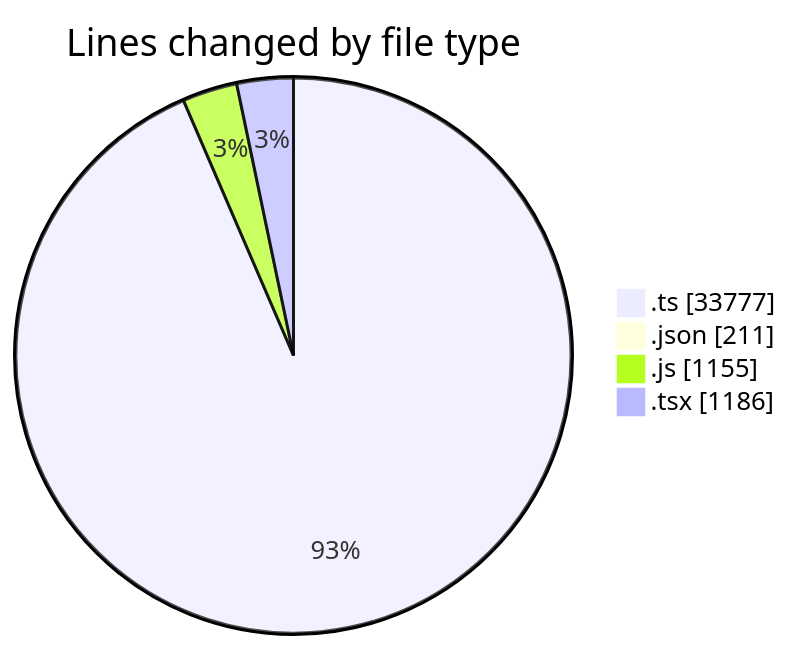
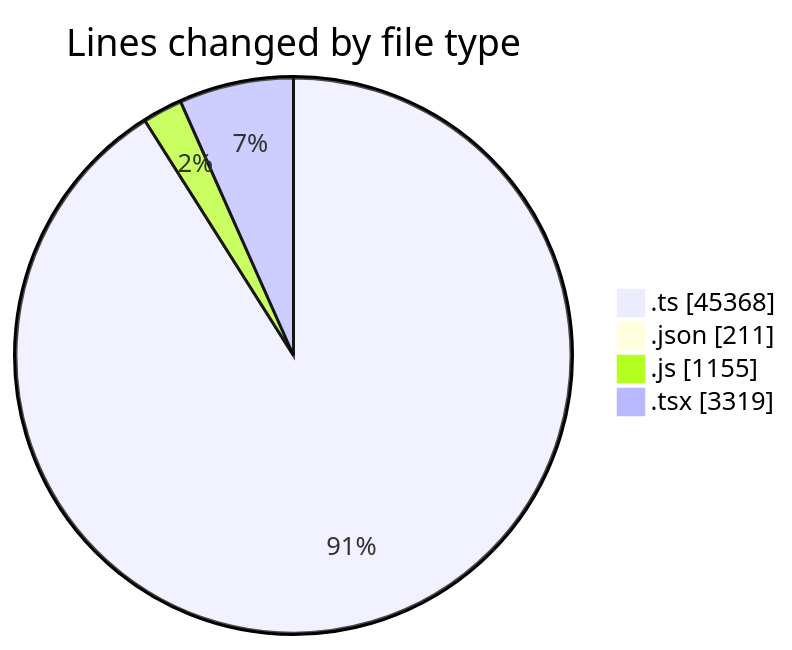
One commit to momahboobian/code-tracking changed the first of 2 diagrams in 2026-11-04/cda/README.md. Above: the diagram before and after it, drawn with Mermaid. The commit also changed other lines of this file and 1 other file, not shown here.

````diff
--- a/2026-11-04/cda/README.md
+++ b/2026-11-04/cda/README.md
@@ -42,8 +52,8 @@
 ```mermaid
 pie showData
 title Lines changed by file type
-".ts" : 33777
+".ts" : 45368
 ".json" : 211
 ".js" : 1155
-".tsx" : 1186
+".tsx" : 3319
 ```
````
